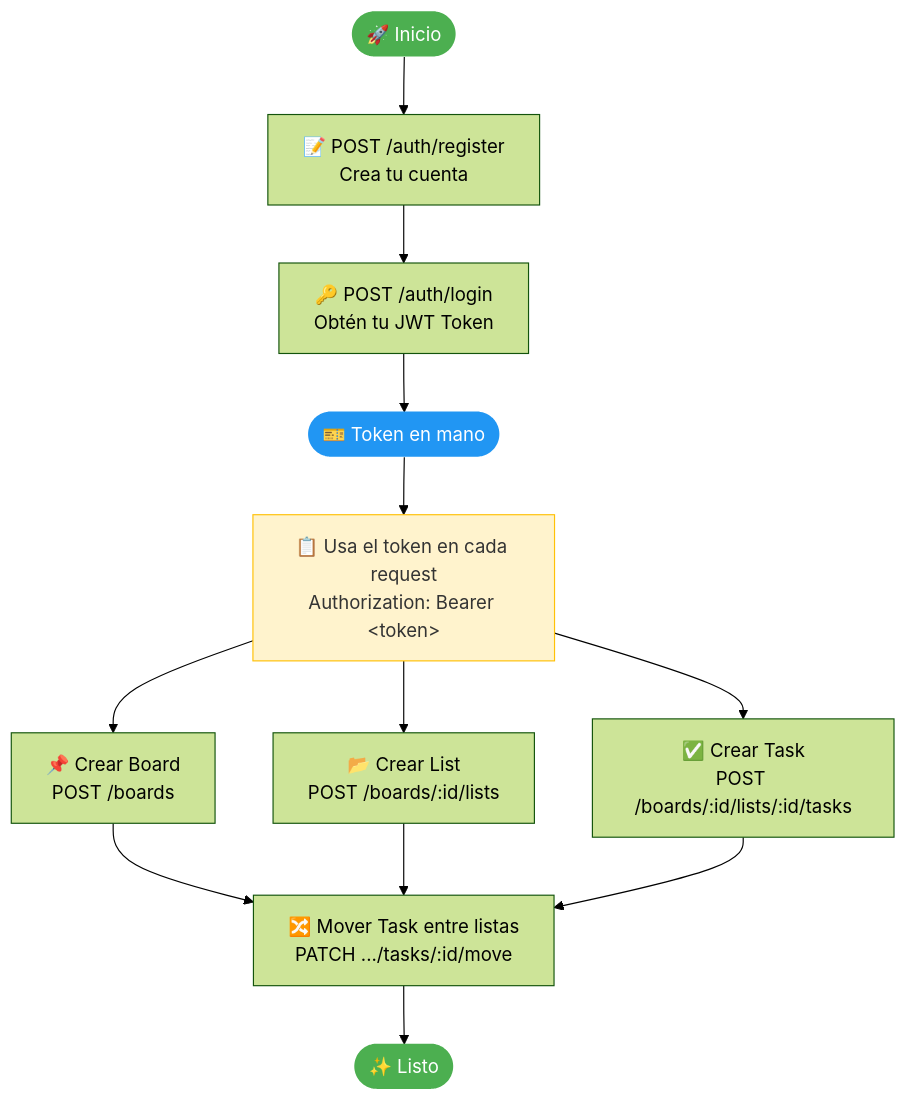
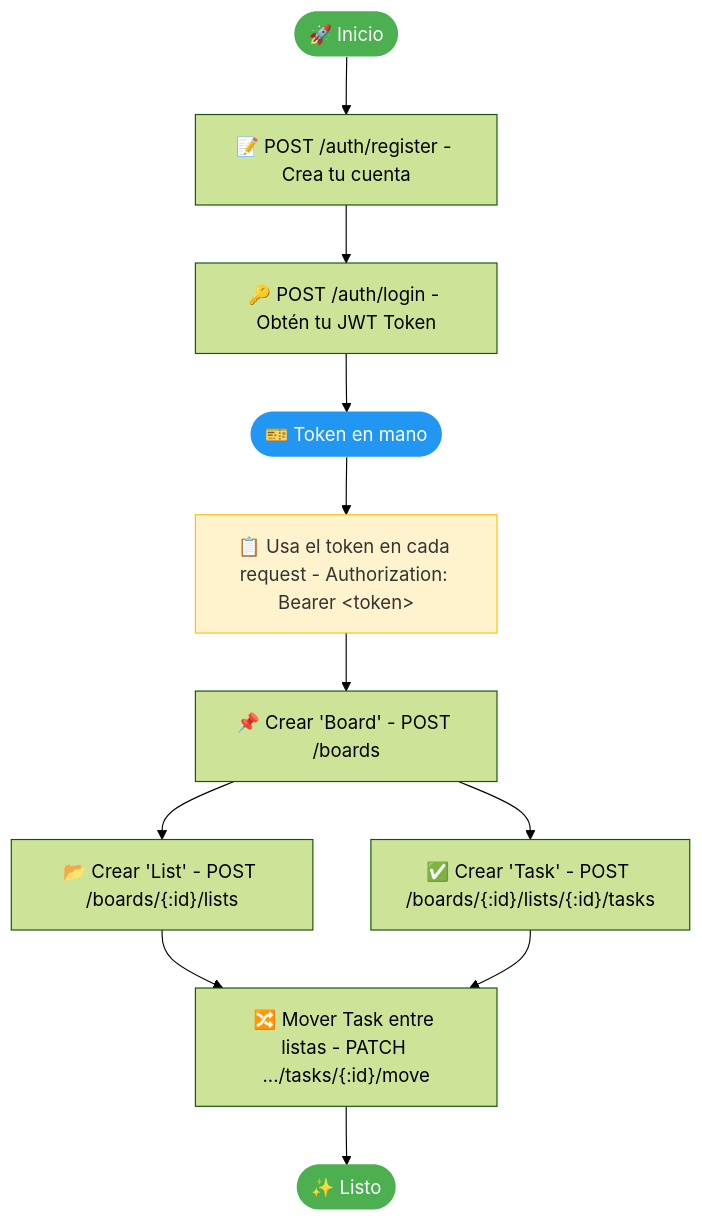
Before and after one commit to arambs22/Trackr-Api: the second of 2 diagrams in README.md, drawn with Mermaid (forest theme).

Commit message:
Improve README flowchart descriptions

````diff
--- a/README.md
+++ b/README.md
@@ -121,30 +121,32 @@
 ```mermaid
 flowchart TD
     A([🚀 Inicio]) --> B
 
-    B["📝 POST /auth/register\nCrea tu cuenta"]
+    B["📝 POST /auth/register - Crea tu cuenta"]
     B --> C
 
-    C["🔑 POST /auth/login\nObtén tu JWT Token"]
+    C["🔑 POST /auth/login - Obtén tu JWT Token"]
     C --> D
 
     D(["🎫 Token en mano"])
     D --> E
 
-    E["📋 Usa el token en cada request\nAuthorization: Bearer &lt;token&gt;"]
-    E --> F & G & H
+    E["📋 Usa el token en cada request - Authorization: Bearer &lt;token&gt;"]
+    E --> F 
 
-    F["📌 Crear Board\nPOST /boards"]
-    G["📂 Crear List\nPOST /boards/:id/lists"]
-    H["✅ Crear Task\nPOST /boards/:id/lists/:id/tasks"]
+    F["📌 Crear 'Board' - POST /boards"]
+    F --> G & H
 
-    F & G & H --> I
+    G["📂 Crear 'List' - POST /boards/{:id}/lists"]
+    H["✅ Crear 'Task' - POST /boards/{:id}/lists/{:id}/tasks"]
 
-    I["🔀 Mover Task entre listas\nPATCH .../tasks/:id/move"]
+    G & H --> I
+
+    I["🔀 Mover Task entre listas - PATCH .../tasks/{:id}/move"]
     I --> J([✨ Listo])
 
     style A fill:#4CAF50,color:#fff,stroke:none
     style D fill:#2196F3,color:#fff,stroke:none
     style J fill:#4CAF50,color:#fff,stroke:none
     style E fill:#FFF3CD,color:#333,stroke:#FFC107
 ```
````
